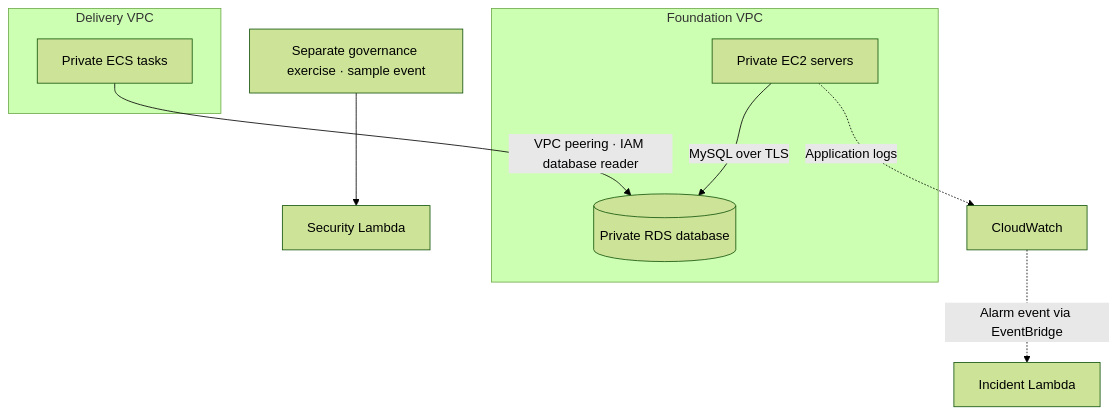
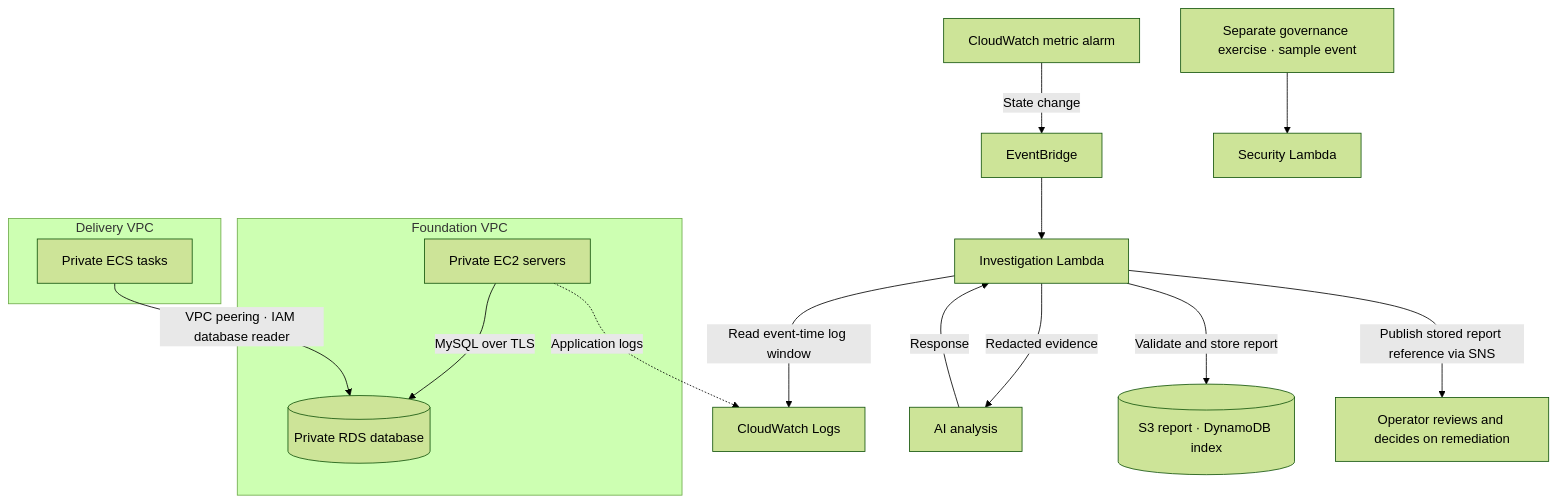
Before and after one commit to JNHolman/RSVP-Cloud-Platform: the diagram in README.md, drawn with Mermaid (forest theme). The commit also changed other lines of this file and 1 other file, not shown here.

Commit message:
Separate metric alarm triggers from log collection and keep walkthrough text stationary

````diff
--- a/README.md
+++ b/README.md
@@ -17,13 +17,19 @@
 ```mermaid
 flowchart TB
   subgraph foundation["Foundation VPC"]
     vm["Private EC2 servers"] -->|MySQL over TLS| db[("Private RDS database")]
   end
   subgraph delivery["Delivery VPC"]
     tasks["Private ECS tasks"]
   end
   tasks -->|VPC peering · IAM database reader| db
-  vm -. Application logs .-> logs["CloudWatch"]
-  logs -. Alarm event via EventBridge .-> analyst["Incident Lambda"]
+  metric["CloudWatch metric alarm"] -->|State change| events["EventBridge"]
+  events --> analyst["Investigation Lambda"]
+  vm -. Application logs .-> logs["CloudWatch Logs"]
+  analyst -->|Read event-time log window| logs
+  analyst -->|Redacted evidence| ai["AI analysis"]
+  ai -->|Response| analyst
+  analyst -->|Validate and store report| report[("S3 report · DynamoDB index")]
+  analyst -->|Publish stored report reference via SNS| operator["Operator reviews and decides on remediation"]
   sec["Separate governance exercise · sample event"] --> triage["Security Lambda"]
 ```
````
